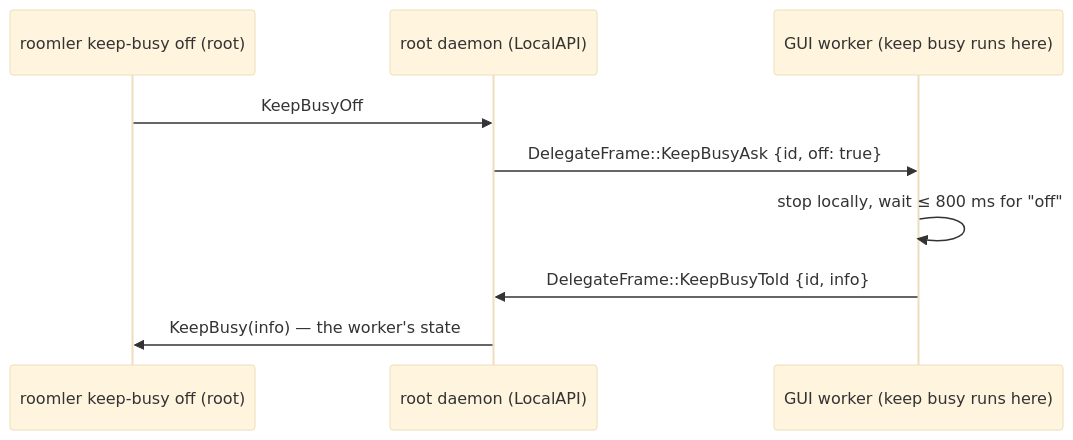
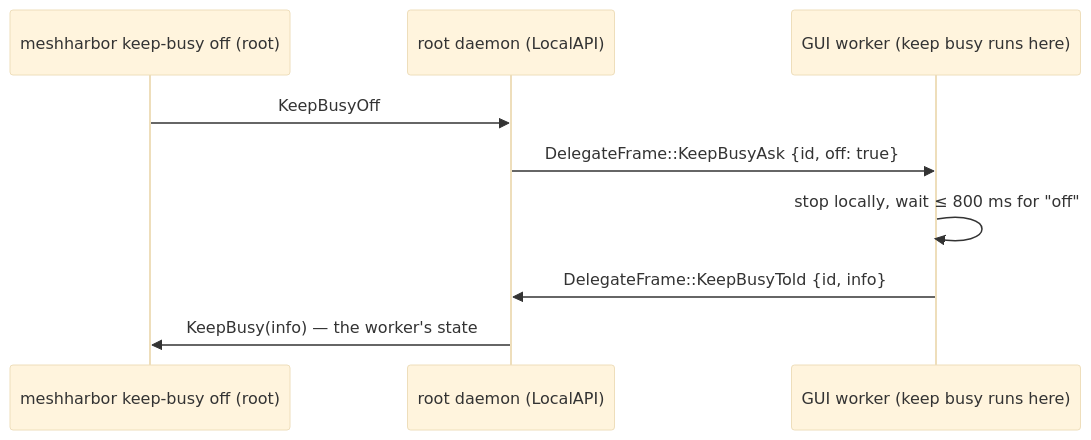
The sixth of 7 diagrams in docs/keep-busy.md (jk-zhang-meta/MeshHarbor), drawn with Mermaid (base theme) before and after one commit. The commit also changed other lines of this file and 682 other files, not shown here.

````diff
--- a/docs/keep-busy.md
+++ b/docs/keep-busy.md
@@ -468,11 +468,11 @@
 ```mermaid
 sequenceDiagram
-  participant C as roomler keep-busy off (root)
+  participant C as meshharbor keep-busy off (root)
   participant D as root daemon (LocalAPI)
   participant W as GUI worker (keep busy runs here)
   C->>D: KeepBusyOff
   D->>W: DelegateFrame::KeepBusyAsk {id, off: true}
   W->>W: stop locally, wait ≤ 800 ms for "off"
   W->>D: DelegateFrame::KeepBusyTold {id, info}
   D->>C: KeepBusy(info) — the worker's state
 ```
````
